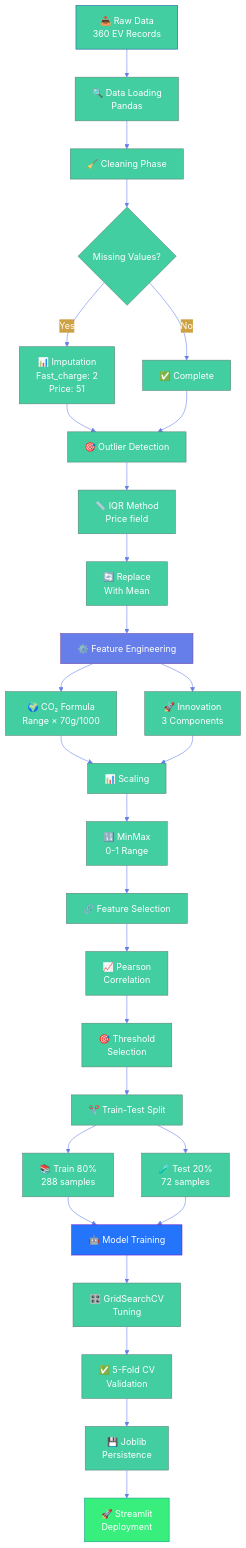
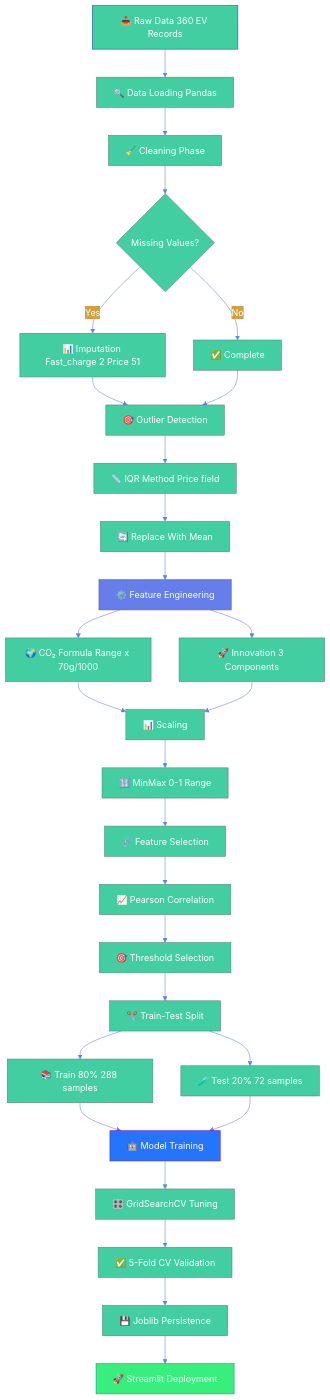
One commit to Itsshraddha/EVerGreen changed the fourth of 15 diagrams in README.md. Above: the diagram before and after it, drawn with Mermaid. The commit also changed other lines of this file, not shown here.

````diff
--- a/README.md
+++ b/README.md
@@ -322,45 +321,45 @@
 ```mermaid
 %%{init: {'theme':'base', 'themeVariables': { 'primaryColor':'#43cea2','primaryTextColor':'#fff','lineColor':'#667eea'}}}%%
 flowchart TD
-    A[📥 Raw Data<br/>360 EV Records] --> B[🔍 Data Loading<br/>Pandas]
+    A[📥 Raw Data 360 EV Records] --> B[🔍 Data Loading Pandas]
     
     B --> C[🧹 Cleaning Phase]
     C --> D{Missing Values?}
-    D -->|Yes| E[📊 Imputation<br/>Fast_charge: 2<br/>Price: 51]
+    D -->|Yes| E[📊 Imputation Fast_charge 2 Price 51]
     D -->|No| F[✅ Complete]
     
     E --> G[🎯 Outlier Detection]
     F --> G
-    G --> H[📏 IQR Method<br/>Price field]
-    H --> I[🔄 Replace<br/>With Mean]
+    G --> H[📏 IQR Method Price field]
+    H --> I[🔄 Replace With Mean]
     
     I --> J[⚙️ Feature Engineering]
-    J --> K[🌍 CO₂ Formula<br/>Range × 70g/1000]
-    J --> L[🚀 Innovation<br/>3 Components]
+    J --> K[🌍 CO₂ Formula Range x 70g/1000]
+    J --> L[🚀 Innovation 3 Components]
     
     K --> M[📊 Scaling]
     L --> M
-    M --> N[🔢 MinMax<br/>0-1 Range]
+    M --> N[🔢 MinMax 0-1 Range]
     
     N --> O[🔗 Feature Selection]
-    O --> P[📈 Pearson<br/>Correlation]
-    P --> Q[🎯 Threshold<br/>Selection]
+    O --> P[📈 Pearson Correlation]
+    P --> Q[🎯 Threshold Selection]
     
     Q --> R[✂️ Train-Test Split]
-    R --> S[📚 Train 80%<br/>288 samples]
-    R --> T[🧪 Test 20%<br/>72 samples]
+    R --> S[📚 Train 80% 288 samples]
+    R --> T[🧪 Test 20% 72 samples]
     
     S --> U[🤖 Model Training]
     T --> U
-    U --> V[🎛️ GridSearchCV<br/>Tuning]
+    U --> V[🎛️ GridSearchCV Tuning]
     
-    V --> W[✅ 5-Fold CV<br/>Validation]
-    W --> X[💾 Joblib<br/>Persistence]
+    V --> W[✅ 5-Fold CV Validation]
+    W --> X[💾 Joblib Persistence]
     
-    X --> Y[🚀 Streamlit<br/>Deployment]
+    X --> Y[🚀 Streamlit Deployment]
     
     style A fill:#43cea2,stroke:#185a9d,color:#fff
     style J fill:#667eea,stroke:#764ba2,color:#fff
     style U fill:#2575fc,stroke:#6a11cb,color:#fff
     style Y fill:#38ef7d,stroke:#11998e,color:#fff
 ```
````
